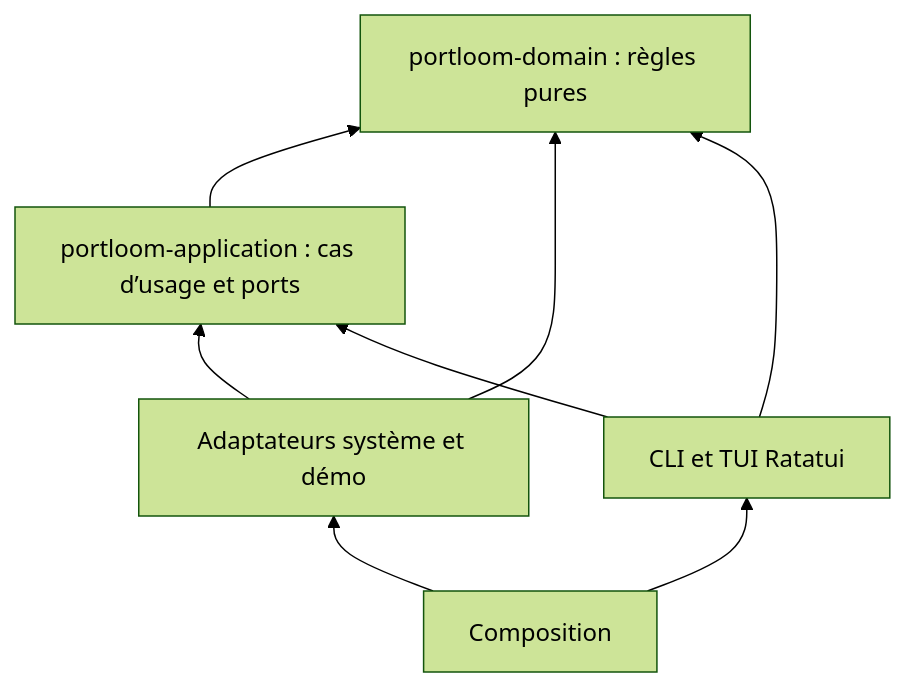
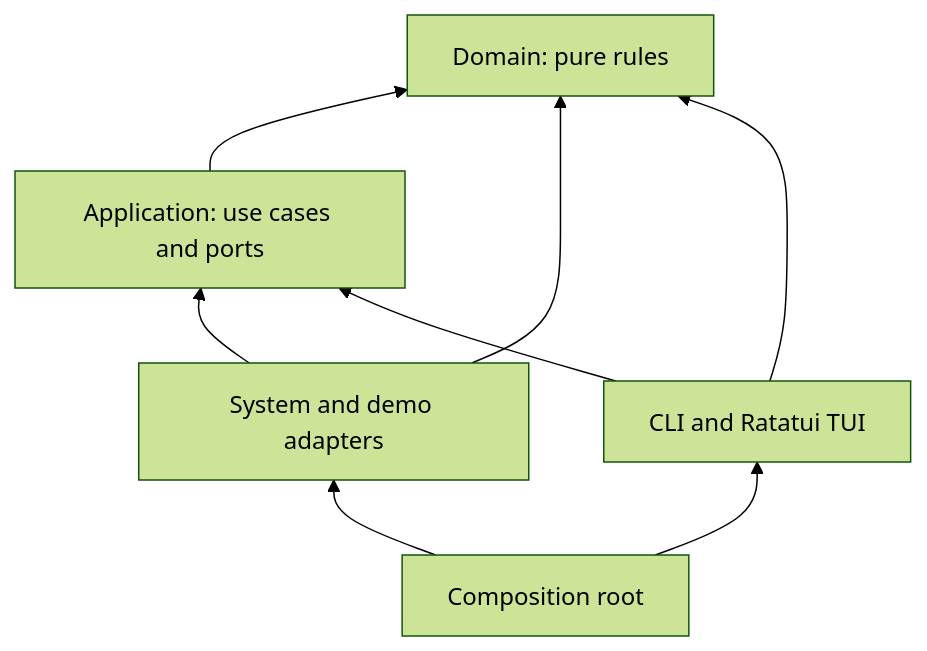
One commit to ronael/portloom changed the diagram in docs/architecture/architecture.md. Above: the diagram before and after it, drawn with Mermaid (forest theme). The commit also changed other lines of this file and 80 other files, not shown here.

````diff
--- a/docs/architecture/architecture.md
+++ b/docs/architecture/architecture.md
@@ -5,10 +5,10 @@
 ```mermaid
 flowchart BT
-    Application[portloom-application : cas d’usage et ports] --> Domaine[portloom-domain : règles pures]
-    Infrastructure[Adaptateurs système et démo] --> Application
-    Presentation[CLI et TUI Ratatui] --> Application
-    Infrastructure --> Domaine
-    Presentation --> Domaine
-    Composition[Composition] --> Infrastructure
+    Application[Application: use cases and ports] --> Domain[Domain: pure rules]
+    Infrastructure[System and demo adapters] --> Application
+    Presentation[CLI and Ratatui TUI] --> Application
+    Infrastructure --> Domain
+    Presentation --> Domain
+    Composition[Composition root] --> Infrastructure
     Composition --> Presentation
 ```
````
